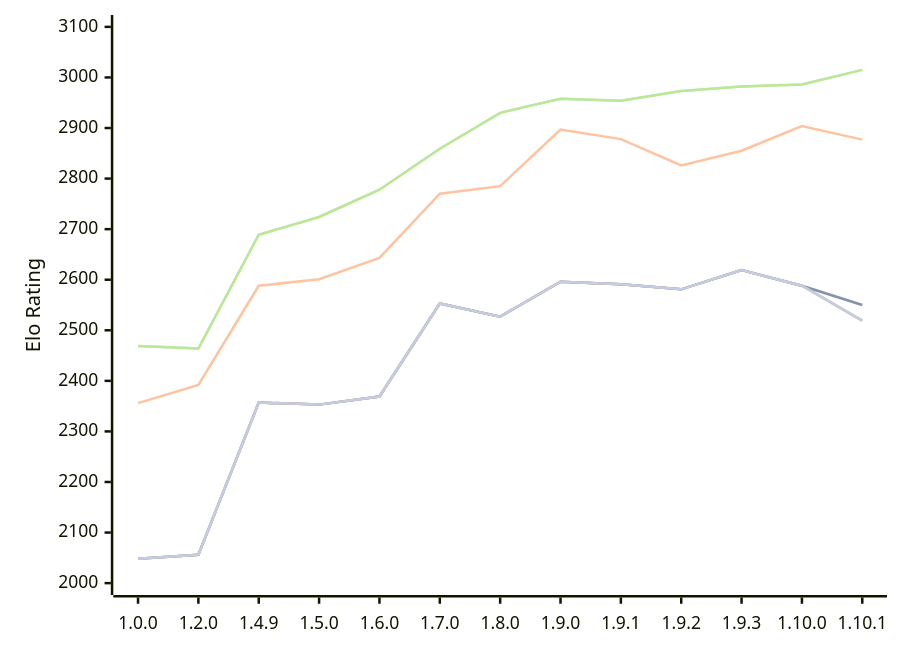
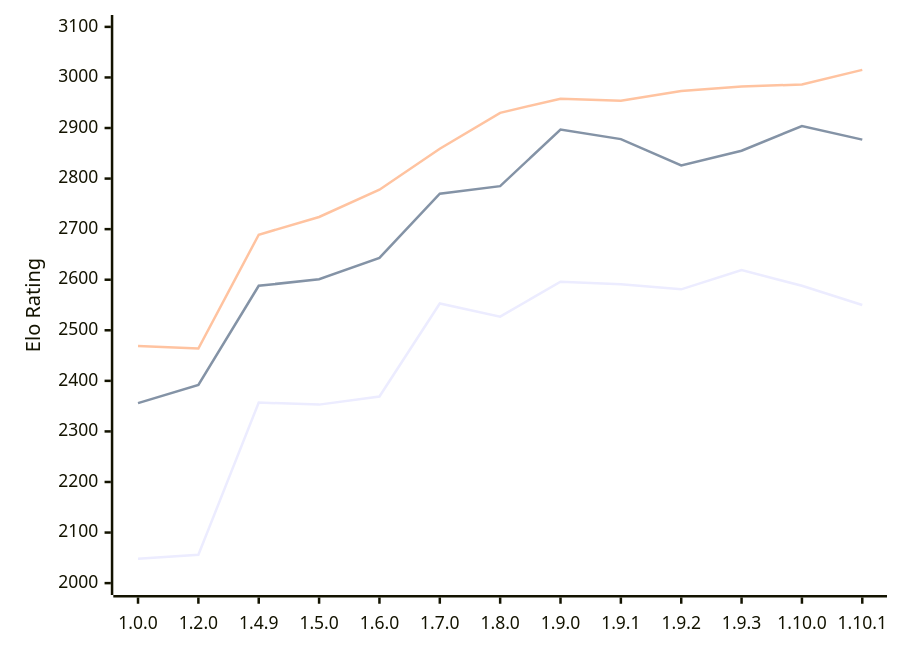
One commit to computer-chess-index/cci changed the second of 2 diagrams in engines/Basilisk.md. Above: the diagram before and after it, drawn with Mermaid. The commit also changed other lines of this file, not shown here.

````diff
--- a/engines/Basilisk.md
+++ b/engines/Basilisk.md
@@ -61,13 +78,9 @@
 ```mermaid
 %%{init: {"theme":"base","themeVariables":{"seriesColors:['#a3a3a3','#222221','#faa371']}}}%%
 xychart-beta
   x-axis ["1.0.0", "1.2.0", "1.4.9", "1.5.0", "1.6.0", "1.7.0", "1.8.0", "1.9.0", "1.9.1", "1.9.2", "1.9.3", "1.10.0", "1.10.1"]
   y-axis "Elo Rating" 2000 --> 3100
-  line "" [2048, 2056, 2357, 2353, 2369, 2553, 2527, 2596, 2591, 2581, 2619, 2588, 2550]
   line "T1: STC (8.0+0.08s)" [2048, 2056, 2357, 2353, 2369, 2553, 2527, 2596, 2591, 2581, 2619, 2588, 2550]
   line "T1: LTC (60.0+0.60s)" [2356, 2392, 2588, 2601, 2643, 2770, 2785, 2897, 2878, 2826, 2855, 2904, 2877]
-  line "" [2469, 2464, 2689, 2724, 2778, 2859, 2930, 2958, 2954, 2973, 2982, 2986, 3015]
   line "T1: VLTC (2m24s+1.12s)" [2469, 2464, 2689, 2724, 2778, 2859, 2930, 2958, 2954, 2973, 2982, 2986, 3015]
-  line "" [2048, 2056, 2357, 2353, 2369, 2553, 2527, 2596, 2591, 2581, 2619, 2588,2519, 2518]
-  line "E1: STC (8.0+0.08s)" [2048, 2056, 2357, 2353, 2369, 2553, 2527, 2596, 2591, 2581, 2619, 2588,2519, 2518]
 ```
````
